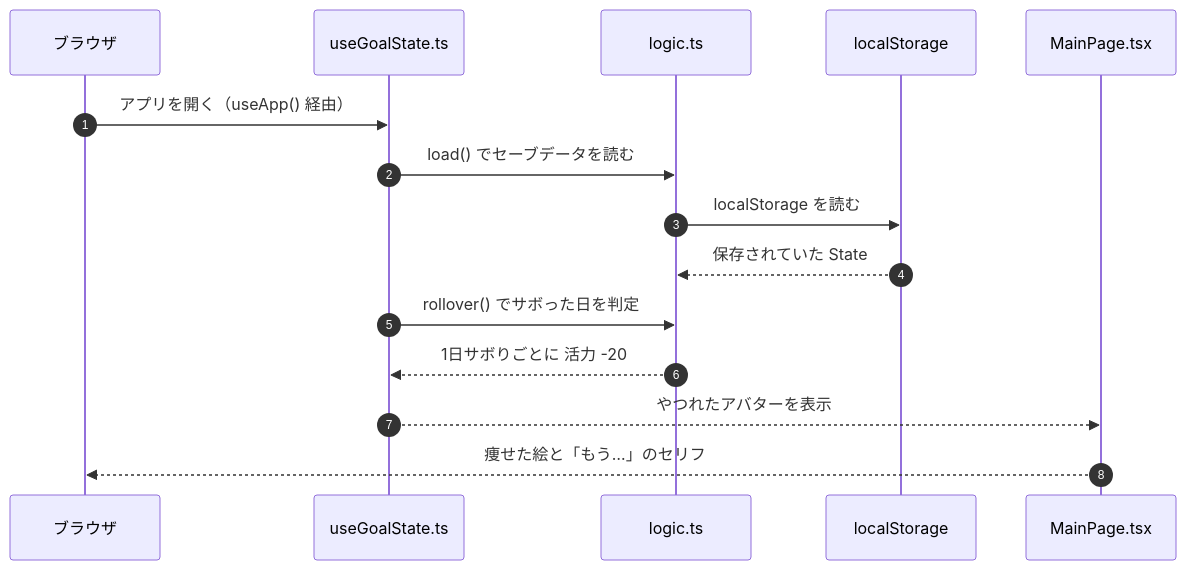
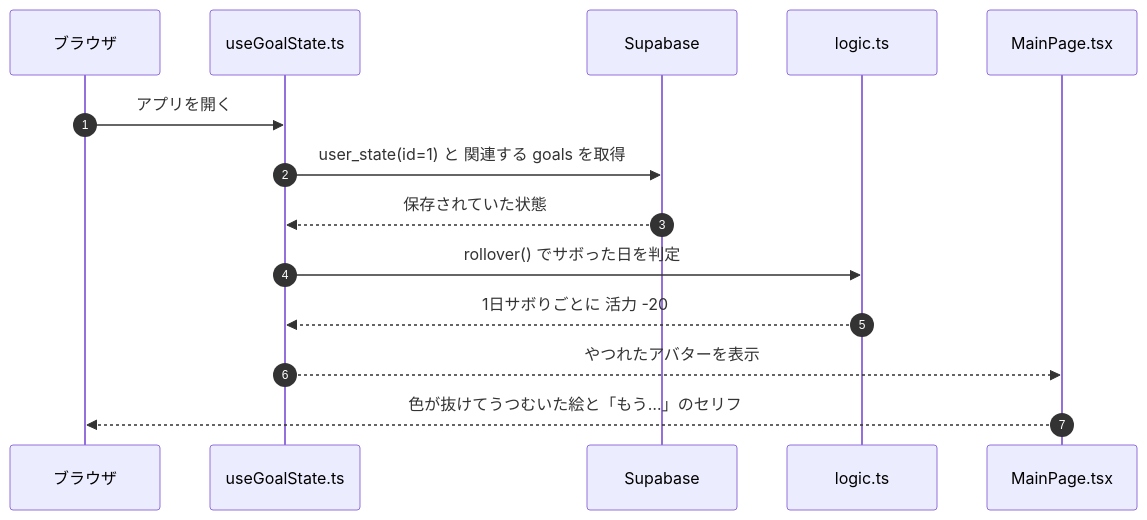
One commit to kuramochi703/keep-motivation-app changed the fifth of 6 diagrams in ARCHITECTURE.md. Above: the diagram before and after it, drawn with Mermaid. The commit also changed other lines of this file and 11 other files, not shown here.

````diff
--- a/ARCHITECTURE.md
+++ b/ARCHITECTURE.md
@@ -251,18 +226,17 @@
 ```mermaid
 sequenceDiagram
     autonumber
     participant B as ブラウザ
     participant G as useGoalState.ts
+    participant S as Supabase
     participant L as logic.ts
-    participant S as localStorage
     participant M as MainPage.tsx
 
-    B->>G: アプリを開く（useApp() 経由）
-    G->>L: load() でセーブデータを読む
-    L->>S: localStorage を読む
-    S-->>L: 保存されていた State
+    B->>G: アプリを開く
+    G->>S: user_state(id=1) と 関連する goals を取得
+    S-->>G: 保存されていた状態
     G->>L: rollover() でサボった日を判定
     L-->>G: 1日サボりごとに 活力 -20
     G-->>M: やつれたアバターを表示
-    M-->>B: 痩せた絵と「もう…」のセリフ
+    M-->>B: 色が抜けてうつむいた絵と「もう…」のセリフ
 ```
````
